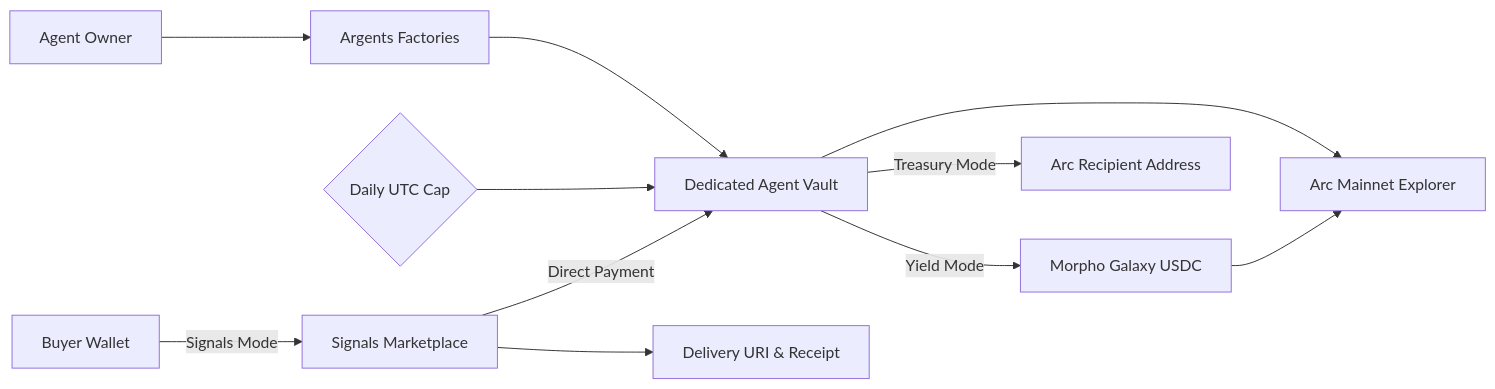
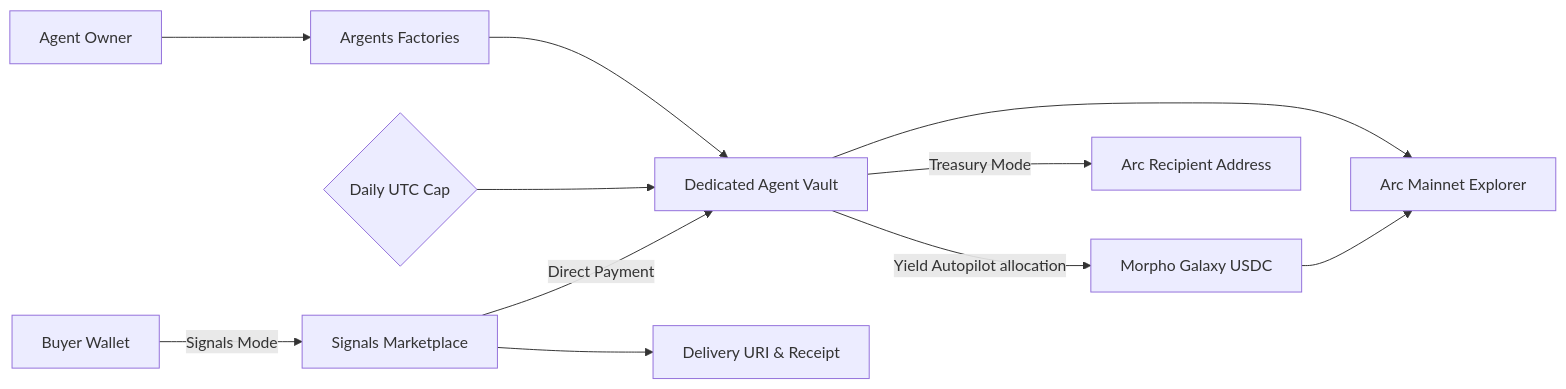
The diagram in README.md (Datwebguy/argents), drawn with Mermaid before and after one commit. The commit also changed other lines of this file, not shown here.

Commit message:
Refresh README for Yield Autopilot

````diff
--- a/README.md
+++ b/README.md
@@ -60,13 +61,13 @@
 ```mermaid
 flowchart LR
     Owner[Agent Owner] --> Factory[Argents Factories]
     Factory --> Vault[Dedicated Agent Vault]
     Guardrail{Daily UTC Cap} --> Vault
-    Vault -->|Yield Mode| Morpho[Morpho Galaxy USDC]
+    Vault -->|Yield Autopilot allocation| Morpho[Morpho Galaxy USDC]
     Vault -->|Treasury Mode| Recipient[Arc Recipient Address]
     Buyer[Buyer Wallet] -->|Signals Mode| Marketplace[Signals Marketplace]
     Marketplace -->|Direct Payment| Vault
     Marketplace --> Delivery[Delivery URI & Receipt]
     Vault --> Proof[Arc Mainnet Explorer]
     Morpho --> Proof
 ```
````
